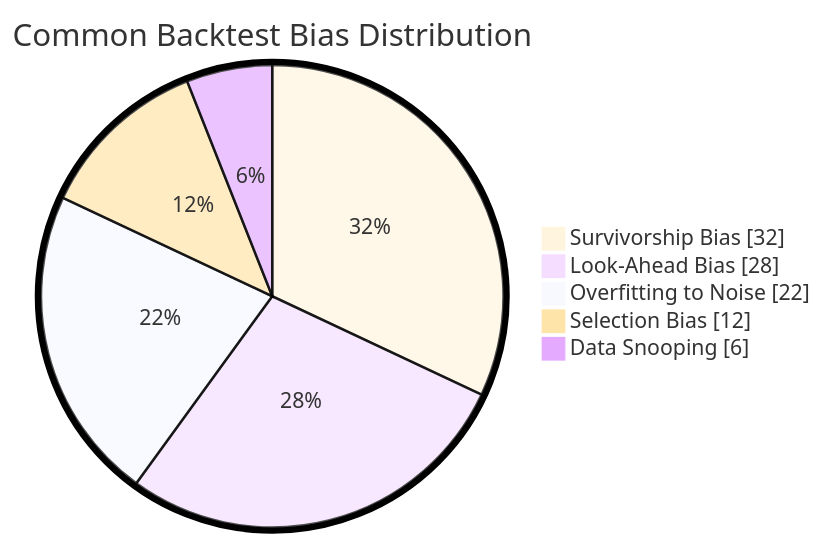
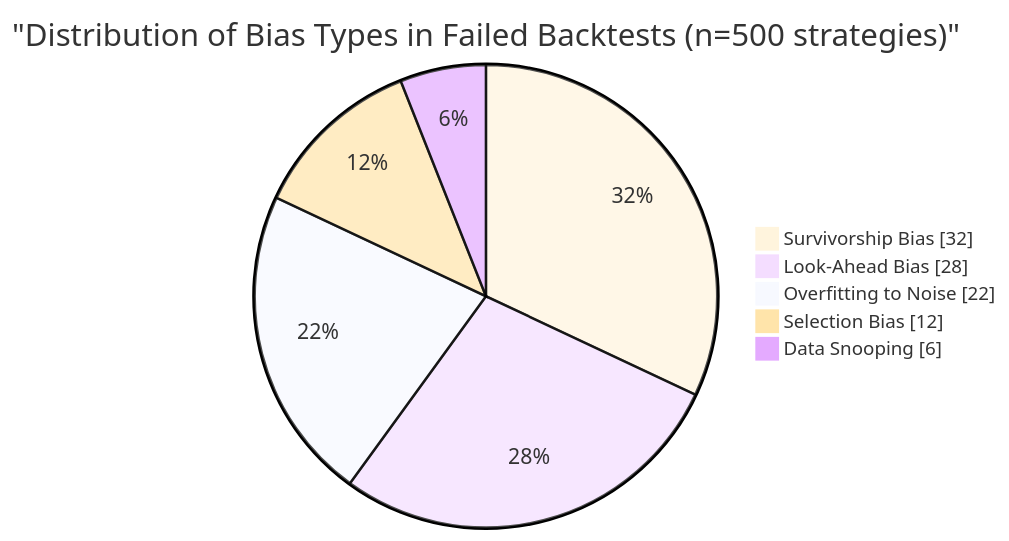
The sixth of 7 diagrams in docs/book/09_backtesting.md (openSVM/osvm-cli), drawn with Mermaid before and after one commit. The commit also changed other lines of this file, not shown here.

````diff
--- a/docs/book/09_backtesting.md
+++ b/docs/book/09_backtesting.md
@@ -763,10 +1065,10 @@
 ```mermaid
-%%{init: {'theme':'base', 'pie': {'textPosition': 0.5}, 'themeVariables': {'pieOuterStrokeWidth': '5px'}} }%%
+%%{init: {'theme':'base', 'themeVariables': {'pieTitleTextSize': '25px', 'pieSectionTextSize': '17px', 'pieLegendTextSize': '15px'}} }%%
 pie showData
-    title Common Backtest Bias Distribution
+    title "Distribution of Bias Types in Failed Backtests (n=500 strategies)"
     "Survivorship Bias" : 32
     "Look-Ahead Bias" : 28
     "Overfitting to Noise" : 22
     "Selection Bias" : 12
     "Data Snooping" : 6
 ```
````
